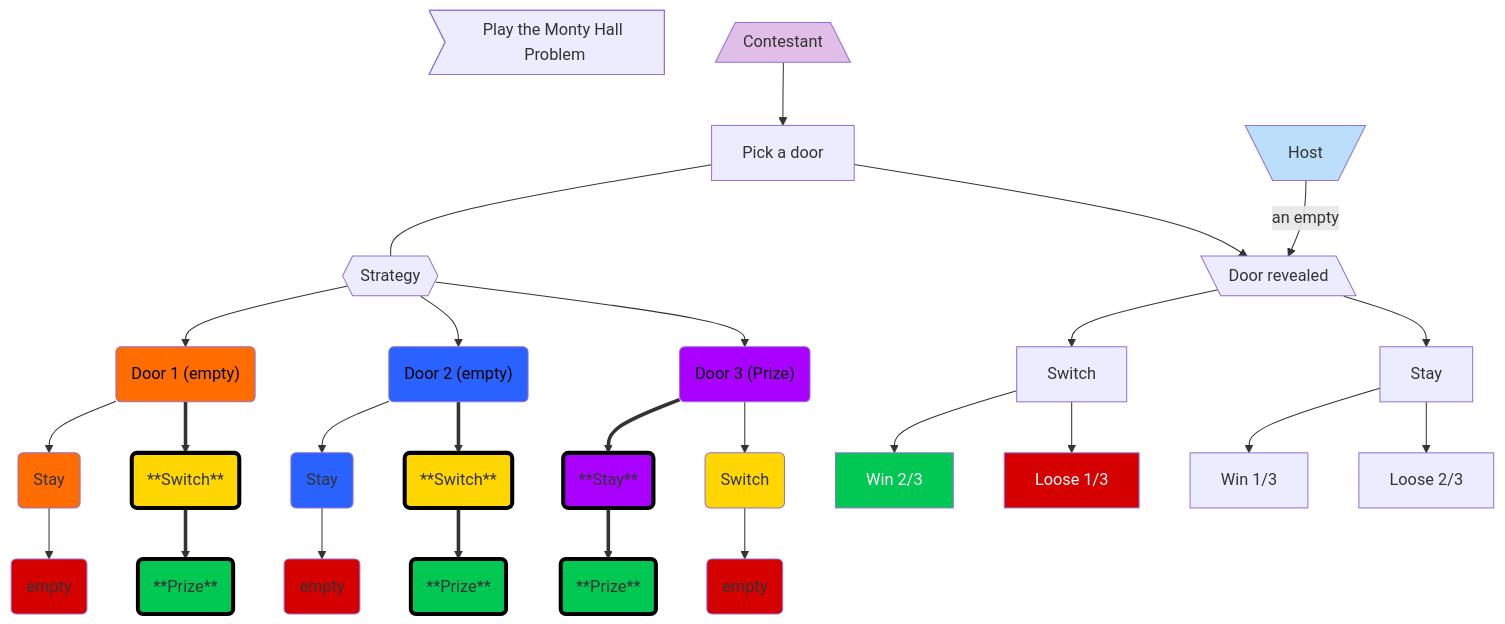
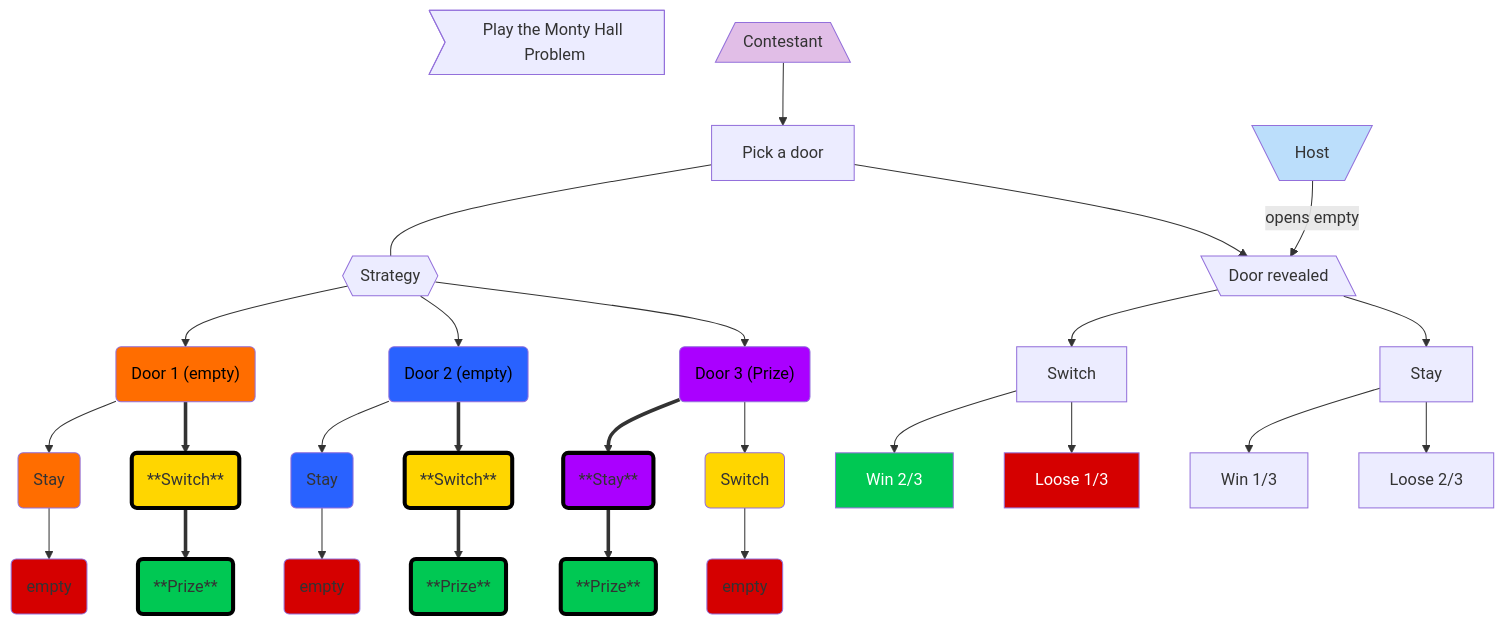
Before and after one commit to BADmommydale/BADmommydale.github.io: the diagram in MontyHallPromblemStrategy.MD, drawn with Mermaid.

````diff
--- a/MontyHallPromblemStrategy.MD
+++ b/MontyHallPromblemStrategy.MD
@@ -1,47 +1,47 @@
 ```mermaid
 flowchart TD
     A>"Play the Monty Hall Problem"]    
     B["Contestant"] --> C["Pick a door"]
     C --- D["Strategy"]
     C --> T["Door revealed"]
     D --> E("Door 1 (empty)") & J("Door 2 (empty)") & O("Door 3 (Prize)")
     E --> F("Stay")
     E ==> G("**Switch**")
     F --> H("empty")
     G ==> I("**Prize**")
     J --> K("Stay")
     J ==> M("**Switch**")
     K --> L("empty")
     M ==> N("**Prize**")
     O ==> P("**Stay**")
     O --> Q("Switch")
     P ==> R("**Prize**")
     Q --> S("empty")
-    U["Host"] -- an empty --> T
-    T --> Y["Switch"] & V["Stay"]
+    U["Host"] -- opens empty --> T
+    T --> V["Stay"] & Y["Switch"] 
     Y --> W["Win 2/3"] & X["Loose 1/3"]
     V --> Z["Win 1/3"] & AA["Loose 2/3"]
     B@{ shape: trap-b}
     D@{ shape: hex}
     T@{ shape: lean-l}
     U@{ shape: trap-t}
     style B fill:#E1BEE7
     style E color:#000000,fill:#FF6D00
     style J color:#000000,fill:#2962FF
     style O color:#000000,fill:#AA00FF
     style F fill:#FF6D00
     style G fill:#FFD600,stroke-width:4px,stroke-dasharray: 0,stroke:#000000
     style H fill:#D50000
     style I fill:#00C853,stroke-width:4px,stroke-dasharray: 0,stroke:#000000
     style K fill:#2962FF
     style M fill:#FFD600,stroke-width:4px,stroke-dasharray: 0,stroke:#000000
     style L fill:#D50000
     style N fill:#00C853,stroke-width:4px,stroke-dasharray: 0,stroke:#000000
     style P fill:#AA00FF,stroke-width:4px,stroke-dasharray: 0,stroke:#000000
     style Q fill:#FFD600
     style R fill:#00C853,stroke-width:4px,stroke-dasharray: 0,stroke:#000000
     style S fill:#D50000
     style U fill:#BBDEFB
     style W fill:#00C853,color:#FFFFFF
     style X fill:#D50000,color:#FFFFFF
 ```
````
